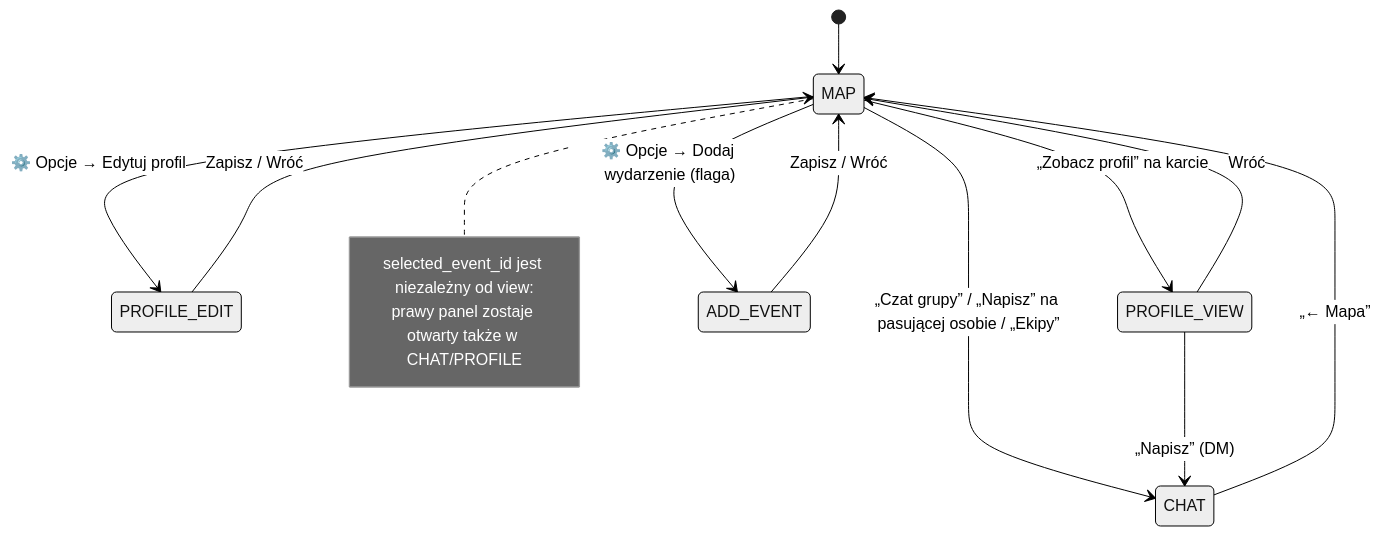
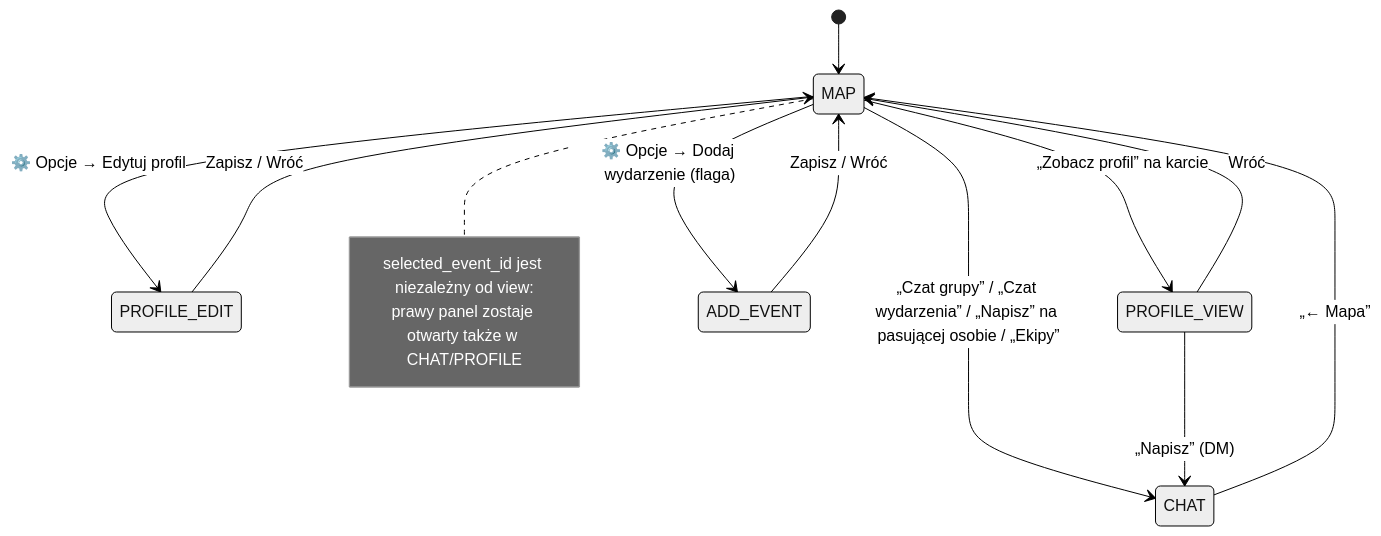
Before and after one commit to klonicaWeronika/HackYeah26_event_app: the sixth of 8 diagrams in ARCHITECTURE.md, drawn with Mermaid (neutral theme). The commit also changed other lines of this file and 12 other files, not shown here.

Commit message:
Grupy: ukryta treść przed dołączeniem, czat wydarzenia obok czatu grupy, układ arkusza czatu

````diff
--- a/ARCHITECTURE.md
+++ b/ARCHITECTURE.md
@@ -243,17 +245,17 @@
 ```mermaid
 stateDiagram-v2
     [*] --> MAP
-    MAP --> CHAT: „Czat grupy” / „Napisz” na pasującej osobie / „Ekipy”
+    MAP --> CHAT: „Czat grupy” / „Czat wydarzenia” / „Napisz” na pasującej osobie / „Ekipy”
     CHAT --> MAP: „← Mapa”
     MAP --> PROFILE_EDIT: ⚙️ Opcje → Edytuj profil
     PROFILE_EDIT --> MAP: Zapisz / Wróć
     MAP --> PROFILE_VIEW: „Zobacz profil” na karcie
     PROFILE_VIEW --> MAP: Wróć
     PROFILE_VIEW --> CHAT: „Napisz” (DM)
     MAP --> ADD_EVENT: ⚙️ Opcje → Dodaj wydarzenie (flaga)
     ADD_EVENT --> MAP: Zapisz / Wróć
     note right of MAP
         selected_event_id jest niezależny od view:
         prawy panel zostaje otwarty także w CHAT/PROFILE
     end note
 ```
````
